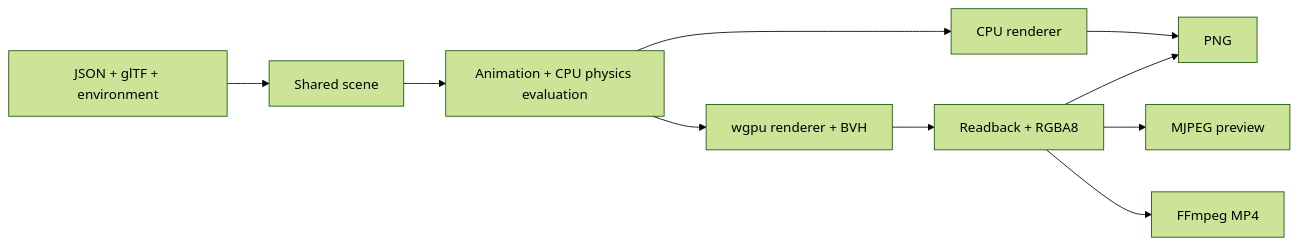
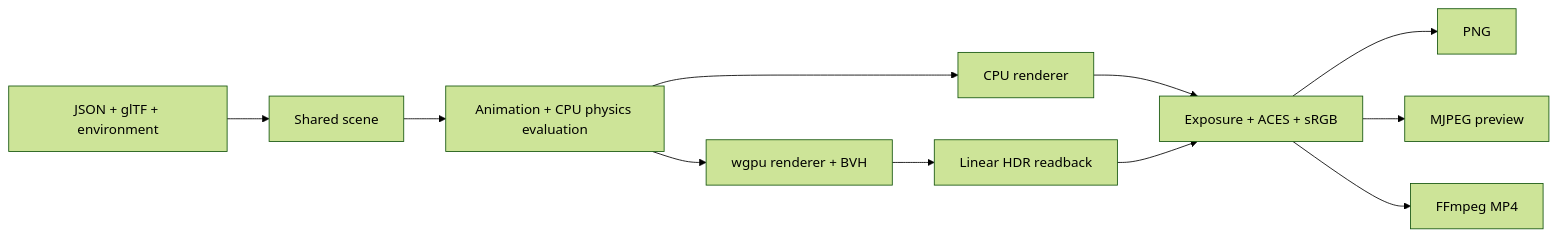
Before and after one commit to youngpark1516/toaster: the diagram in README.md, drawn with Mermaid (forest theme). The commit also changed other lines of this file and 22 other files, not shown here.

Commit message:
feat: add hdr display pipeline

````diff
--- a/README.md
+++ b/README.md
@@ -35,12 +37,13 @@
 ```mermaid
 flowchart LR
     Inputs[JSON + glTF + environment] --> Scene[Shared scene]
     Scene --> Evaluation[Animation + CPU physics evaluation]
     Evaluation --> CPU[CPU renderer]
     Evaluation --> GPU[wgpu renderer + BVH]
-    CPU --> PNG
-    GPU --> Readback[Readback + RGBA8]
-    Readback --> PNG
-    Readback --> Preview[MJPEG preview]
-    Readback --> FFmpeg[FFmpeg MP4]
+    CPU --> Display[Exposure + ACES + sRGB]
+    GPU --> Readback[Linear HDR readback]
+    Readback --> Display
+    Display --> PNG
+    Display --> Preview[MJPEG preview]
+    Display --> FFmpeg[FFmpeg MP4]
 ```
````
